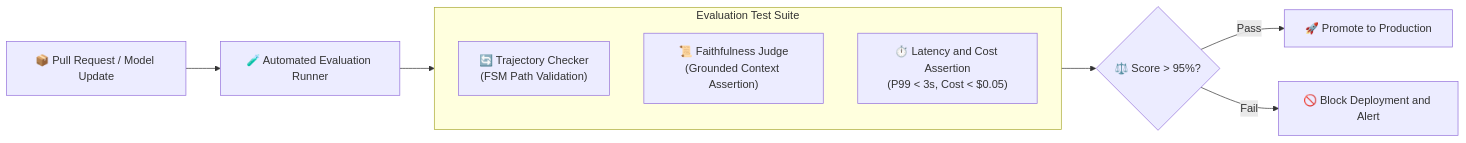
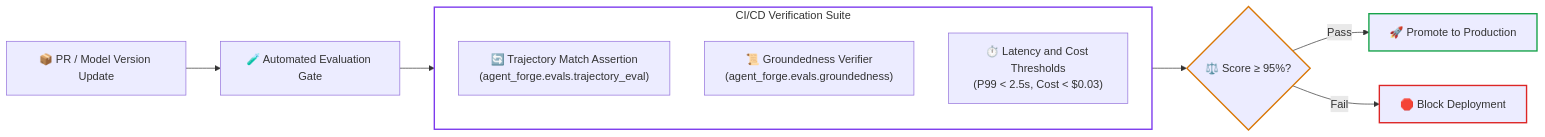
The sixth of 7 diagrams in ai-platform-and-agent-infrastructure-roadmap.md (dip4k/senior-engineer-to-ai-engineer-roadmap), drawn with Mermaid before and after one commit. The commit also changed other lines of this file and 49 other files, not shown here.

First line of the commit message:
feat(curriculum): complete 2026 refactoring across roadmaps, use-cases, labs, and agent-forge

````diff
--- a/ai-platform-and-agent-infrastructure-roadmap.md
+++ b/ai-platform-and-agent-infrastructure-roadmap.md
@@ -443,15 +342,20 @@
 ```mermaid
 flowchart LR
-    PR["📦 Pull Request / Model Update"] --> RunEvals["🧪 Automated Evaluation Runner"]
+    PR["📦 PR / Model Version Update"] --> EvalRunner["🧪 Automated Evaluation Gate"]
     
-    subgraph Suite ["Evaluation Test Suite"]
-        E1["🔄 Trajectory Checker<br>(FSM Path Validation)"]
-        E2["📜 Faithfulness Judge<br>(Grounded Context Assertion)"]
-        E3["⏱️ Latency and Cost Assertion<br>(P99 < 3s, Cost < $0.05)"]
+    subgraph GateSuite ["CI/CD Verification Suite"]
+        T1["🔄 Trajectory Match Assertion<br>(agent_forge.evals.trajectory_eval)"]
+        T2["📜 Groundedness Verifier<br>(agent_forge.evals.groundedness)"]
+        T3["⏱️ Latency and Cost Thresholds<br>(P99 < 2.5s, Cost < $0.03)"]
     end
     
-    RunEvals --> Suite
-    Suite --> Score{"⚖️ Score > 95%?"}
-    Score -->|"Pass"| Deploy["🚀 Promote to Production"]
-    Score -->|"Fail"| Block["🚫 Block Deployment and Alert"]
+    EvalRunner --> GateSuite
+    GateSuite --> Gate{"⚖️ Score ≥ 95%?"}
+    Gate -->|"Pass"| Deploy["🚀 Promote to Production"]
+    Gate -->|"Fail"| Halt["🛑 Block Deployment"]
+
+    style GateSuite fill:none,stroke:#7c3aed,stroke-width:2px
+    style Gate stroke:#d97706,stroke-width:2px
+    style Deploy stroke:#16a34a,stroke-width:2px
+    style Halt stroke:#dc2626,stroke-width:2px
 ```
````
